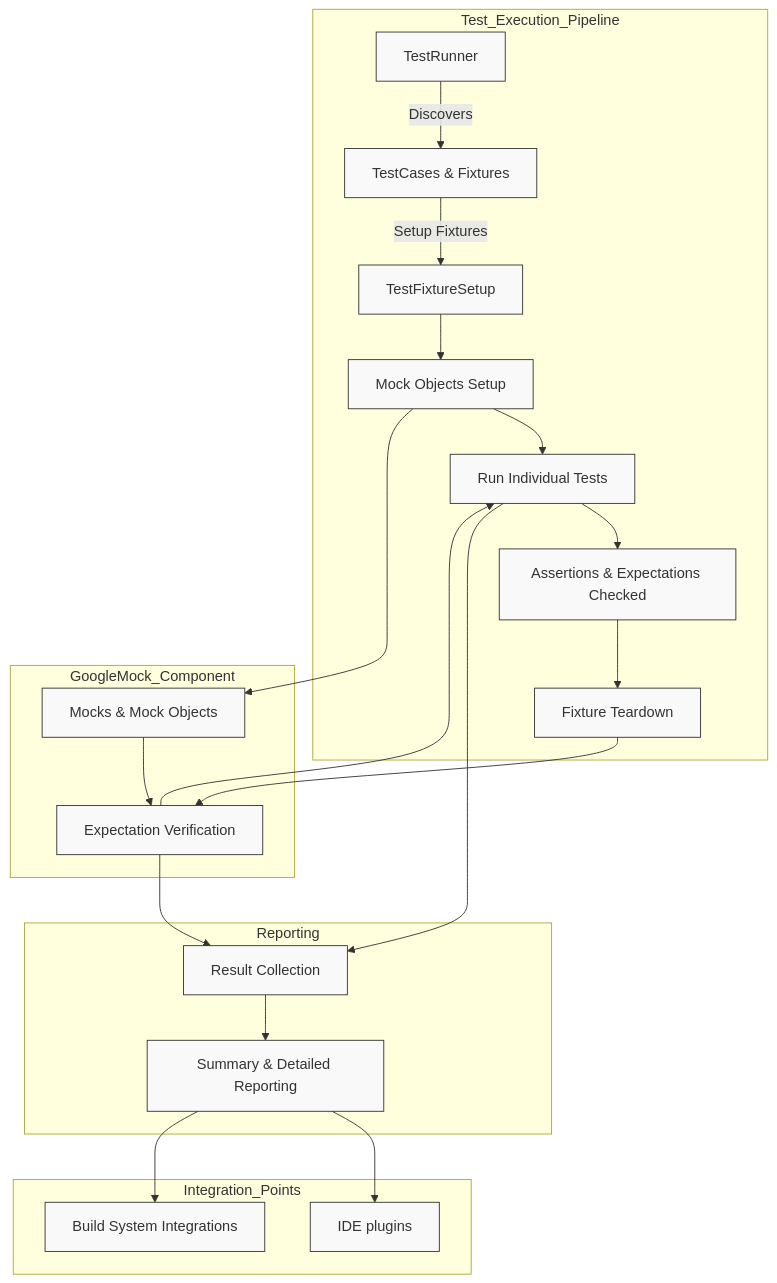
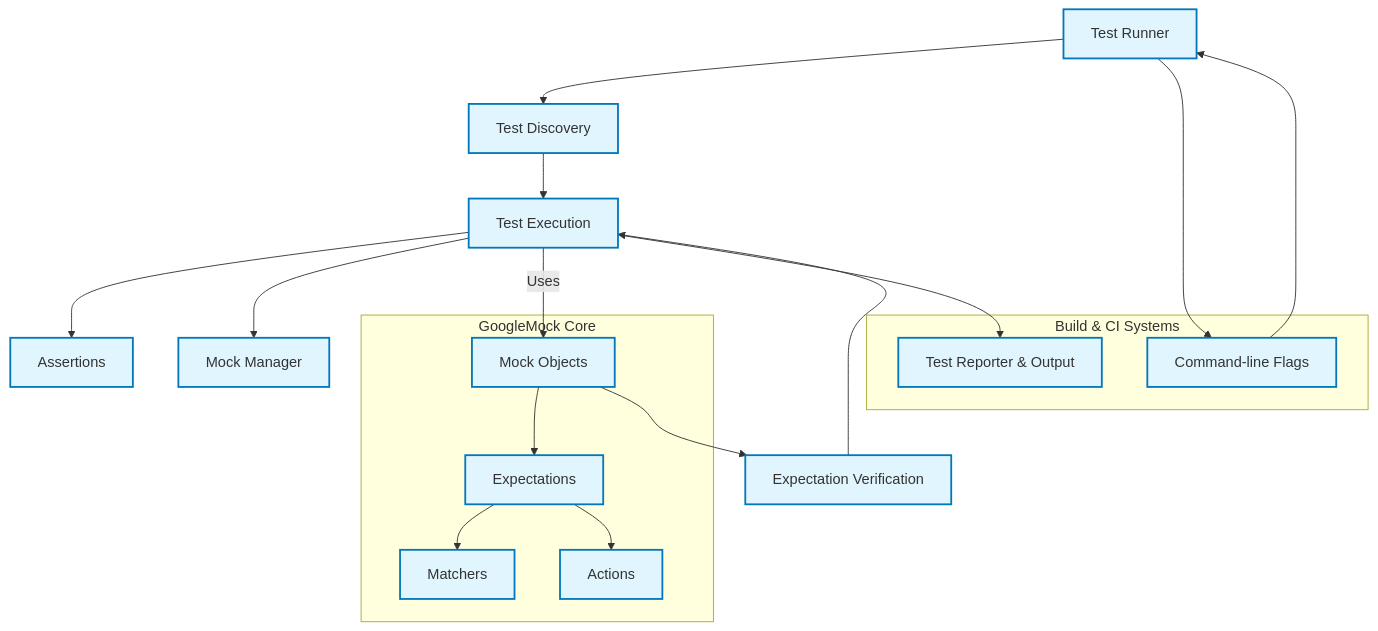
One commit to clidey/docucod-public-project-869ef7c3-7eff-4ad2-9765-2698303f14d7 changed the first of 2 diagrams in overview/architecture-and-concepts/system-architecture.mdx. Above: the diagram before and after it, drawn with Mermaid. The commit also changed other lines of this file and 48 other files, not shown here.

````diff
--- a/overview/architecture-and-concepts/system-architecture.mdx
+++ b/overview/architecture-and-concepts/system-architecture.mdx
@@ -64,37 +48,43 @@
 ```mermaid
 flowchart TD
 
-  subgraph Test_Execution_Pipeline
-    TR[TestRunner] -->|Discovers| TC[TestCases & Fixtures]
-    TC -->|Setup Fixtures| TS[TestFixtureSetup]
-    TS --> MockSetup[Mock Objects Setup]
-    MockSetup --> TestRun[Run Individual Tests]
-    TestRun --> Assertions[Assertions & Expectations Checked]
-    Assertions --> TestTeardown[Fixture Teardown]
+  %% Test Flow Start
+  TestRunner["Test Runner"] --> TestDiscovery["Test Discovery"]
+  TestDiscovery --> TestExecution["Test Execution"]
+
+  %% During Test Execution
+  TestExecution --> Assertions["Assertions"]
+  TestExecution --> MockManager["Mock Manager"]
+
+  %% Mock Manager
+  subgraph "GoogleMock Core"
+    MockObjects["Mock Objects"]
+    Expectations["Expectations"]
+    Matchers["Matchers"]
+    Actions["Actions"]
   end
 
-  subgraph GoogleMock_Component
-    MockSetup --> Mocks[Mocks & Mock Objects]
-    Mocks --> ExpectationVerification[Expectation Verification]
-    ExpectationVerification --> TestRun
+  TestExecution -->|Uses| MockObjects
+  MockObjects --> Expectations
+  Expectations --> Matchers
+  Expectations --> Actions
+  MockObjects --> MockVerification["Expectation Verification"]
+  MockVerification --> TestExecution
+
+  %% Outcome Reporting
+  TestExecution --> TestReporter["Test Reporter & Output"]
+
+  %% Integration
+  TestRunner --> CLIFlags["Command-line Flags"]
+  CLIFlags --> TestRunner
+
+  %% External Tools
+  subgraph "Build & CI Systems"
+    CLIFlags
+    TestReporter
   end
 
-  subgraph Reporting
-    TestRun --> PassFailCollector[Result Collection]
-    PassFailCollector --> Report[Summary & Detailed Reporting]
-  end
-
-  subgraph Integration_Points
-    Report --> IDEs[IDE plugins]
-    Report --> BuildSystems[Build System Integrations]
-  end
-
-  %% Relationships
-  TestTeardown --> ExpectationVerification
-  ExpectationVerification --> PassFailCollector
-
-  %% Styles
-  classDef compStyle fill:#f9f9f9,stroke:#333,stroke-width:1px
-  class TR,TC,TS,MockSetup,TestRun,Assertions,TestTeardown,Mocks,ExpectationVerification,PassFailCollector,Report,IDEs,BuildSystems compStyle
-
+  %% Styling
+  classDef component fill:#e1f5fe,stroke:#0277bd,stroke-width:2px;
+  class TestRunner,TestDiscovery,TestExecution,Assertions,MockManager,MockObjects,Expectations,Matchers,Actions,MockVerification,TestReporter,CLIFlags component;
 ```
````
